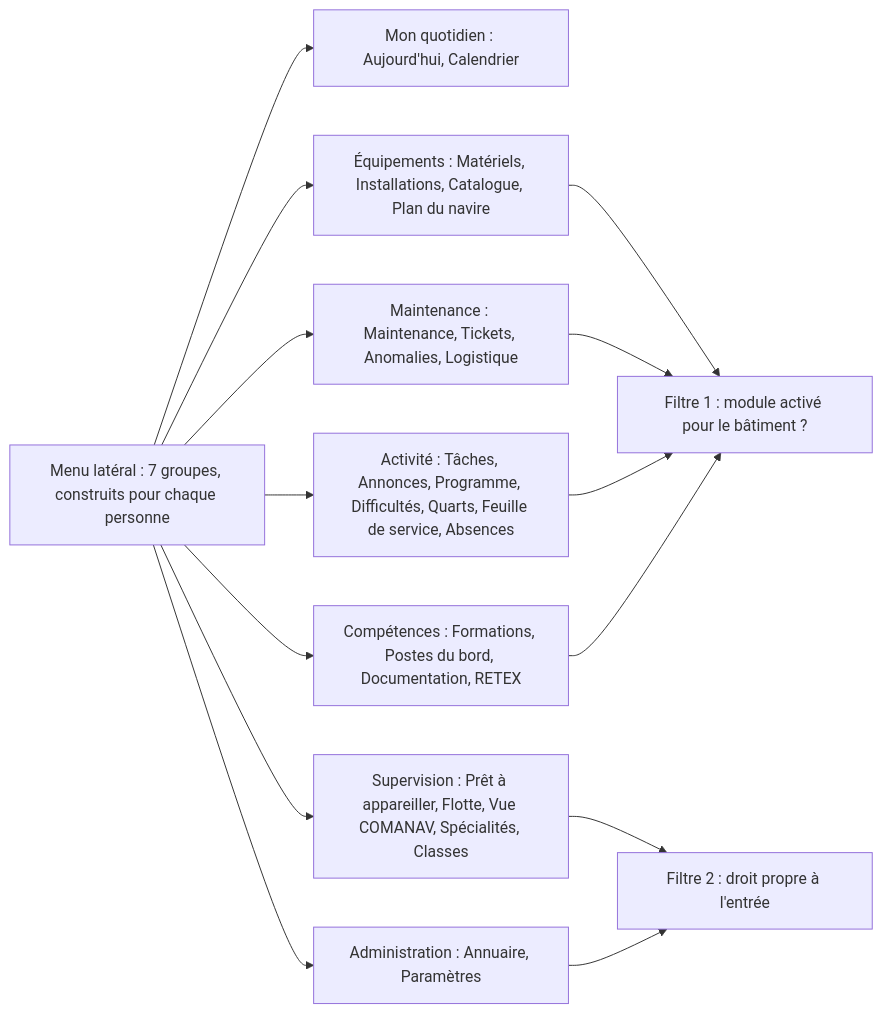
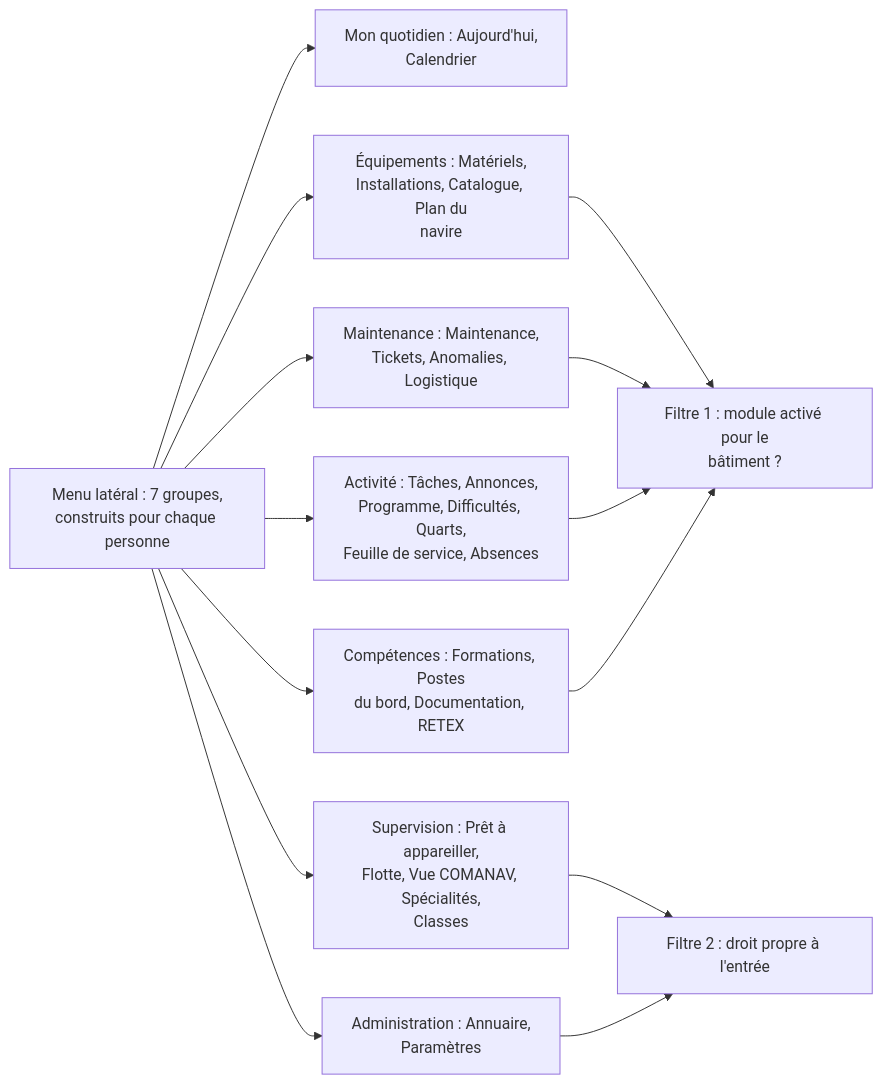
The diagram in docs/dossier-technique/schemas/src/S34_navigation_par_role.mmd (Mattrix2211/Matrix), drawn with Mermaid before and after one commit. The commit also changed 68 other files, not shown here.

```diff
--- a/docs/dossier-technique/schemas/src/S34_navigation_par_role.mmd
+++ b/docs/dossier-technique/schemas/src/S34_navigation_par_role.mmd
@@ -1,24 +1,24 @@
 flowchart LR
-  M["Menu latéral : 7 groupes, construits pour chaque personne"]
-  G1["Mon quotidien : Aujourd'hui, Calendrier"]
-  G2["Équipements : Matériels, Installations, Catalogue, Plan du navire"]
-  G3["Maintenance : Maintenance, Tickets, Anomalies, Logistique"]
-  G4["Activité : Tâches, Annonces, Programme, Difficultés, Quarts, Feuille de service, Absences"]
-  G5["Compétences : Formations, Postes du bord, Documentation, RETEX"]
-  G6["Supervision : Prêt à appareiller, Flotte, Vue COMANAV, Spécialités, Classes"]
-  G7["Administration : Annuaire, Paramètres"]
-  F1["Filtre 1 : module activé pour le bâtiment ?"]
+  M["Menu latéral : 7 groupes,<br/>construits pour chaque personne"]
+  G1["Mon quotidien : Aujourd'hui,<br/>Calendrier"]
+  G2["Équipements : Matériels,<br/>Installations, Catalogue, Plan du<br/>navire"]
+  G3["Maintenance : Maintenance,<br/>Tickets, Anomalies, Logistique"]
+  G4["Activité : Tâches, Annonces,<br/>Programme, Difficultés, Quarts,<br/>Feuille de service, Absences"]
+  G5["Compétences : Formations, Postes<br/>du bord, Documentation, RETEX"]
+  G6["Supervision : Prêt à appareiller,<br/>Flotte, Vue COMANAV, Spécialités,<br/>Classes"]
+  G7["Administration : Annuaire,<br/>Paramètres"]
+  F1["Filtre 1 : module activé pour le<br/>bâtiment ?"]
   F2["Filtre 2 : droit propre à l'entrée"]
   M --> G1
   M --> G2
   M --> G3
   M --> G4
   M --> G5
   M --> G6
   M --> G7
   G2 --> F1
   G3 --> F1
   G4 --> F1
   G5 --> F1
   G6 --> F2
   G7 --> F2
```
